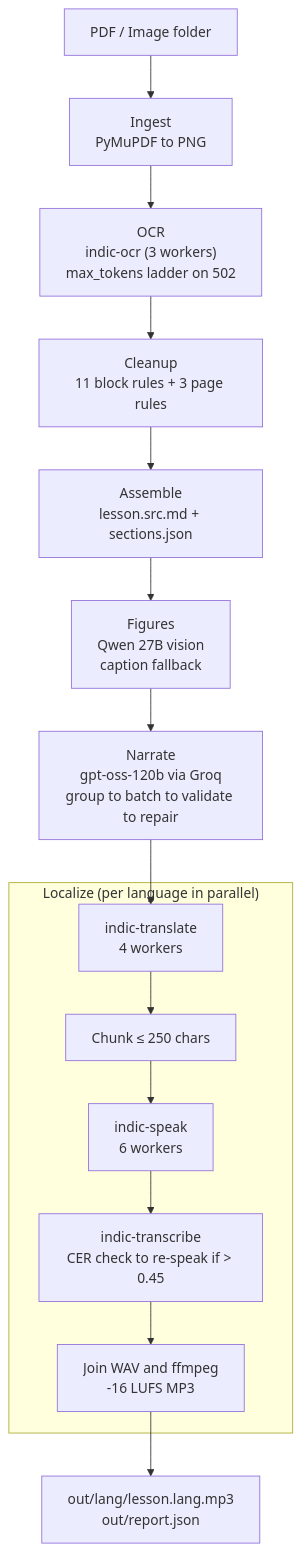
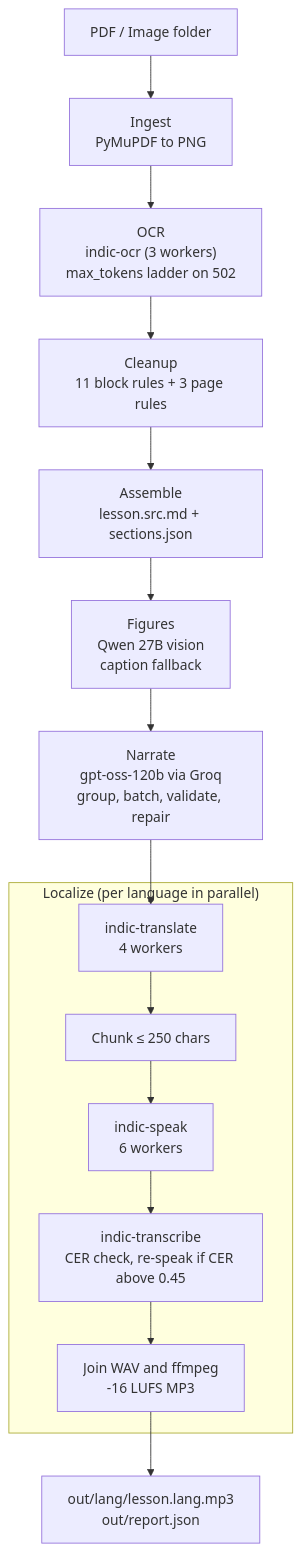
Before and after one commit to SHRIYAASK/bodhan_scannedbook_to_mp3: the first of 2 diagrams in README.md, drawn with Mermaid. The commit also changed other lines of this file, not shown here.

Commit message:
Clean up Markdown table and Mermaid formatting syntax

````diff
--- a/README.md
+++ b/README.md
@@ -41,19 +39,19 @@
 ```mermaid
 flowchart TD
-  PDF["PDF / Image folder"] --> ING["Ingest<br/>PyMuPDF to PNG"]
-  ING --> OCR["OCR<br/>indic-ocr (3 workers)<br/>max_tokens ladder on 502"]
-  OCR --> CLN["Cleanup<br/>11 block rules + 3 page rules"]
-  CLN --> ASM["Assemble<br/>lesson.src.md + sections.json"]
-  ASM --> FIG["Figures<br/>Qwen 27B vision<br/>caption fallback"]
-  FIG --> NAR["Narrate<br/>gpt-oss-120b via Groq<br/>group to batch to validate to repair"]
-  NAR --> TR
+    PDF["PDF / Image folder"] --> ING["Ingest<br/>PyMuPDF to PNG"]
+    ING --> OCR["OCR<br/>indic-ocr (3 workers)<br/>max_tokens ladder on 502"]
+    OCR --> CLN["Cleanup<br/>11 block rules + 3 page rules"]
+    CLN --> ASM["Assemble<br/>lesson.src.md + sections.json"]
+    ASM --> FIG["Figures<br/>Qwen 27B vision<br/>caption fallback"]
+    FIG --> NAR["Narrate<br/>gpt-oss-120b via Groq<br/>group, batch, validate, repair"]
+    NAR --> TR
 
-  subgraph LOC["Localize (per language in parallel)"]
-    TR["indic-translate<br/>4 workers"] --> CHK["Chunk &le; 250 chars"]
-    CHK --> SP["indic-speak<br/>6 workers"]
-    SP --> CER["indic-transcribe<br/>CER check to re-speak if > 0.45"]
-    CER --> AUD["Join WAV and ffmpeg<br/>-16 LUFS MP3"]
-  end
+    subgraph LOC["Localize (per language in parallel)"]
+        TR["indic-translate<br/>4 workers"] --> CHK["Chunk ≤ 250 chars"]
+        CHK --> SP["indic-speak<br/>6 workers"]
+        SP --> CER["indic-transcribe<br/>CER check, re-speak if CER above 0.45"]
+        CER --> AUD["Join WAV and ffmpeg<br/>-16 LUFS MP3"]
+    end
 
-  AUD --> OUT["out/lang/lesson.lang.mp3<br/>out/report.json"]
+    AUD --> OUT["out/lang/lesson.lang.mp3<br/>out/report.json"]
 ```
````
